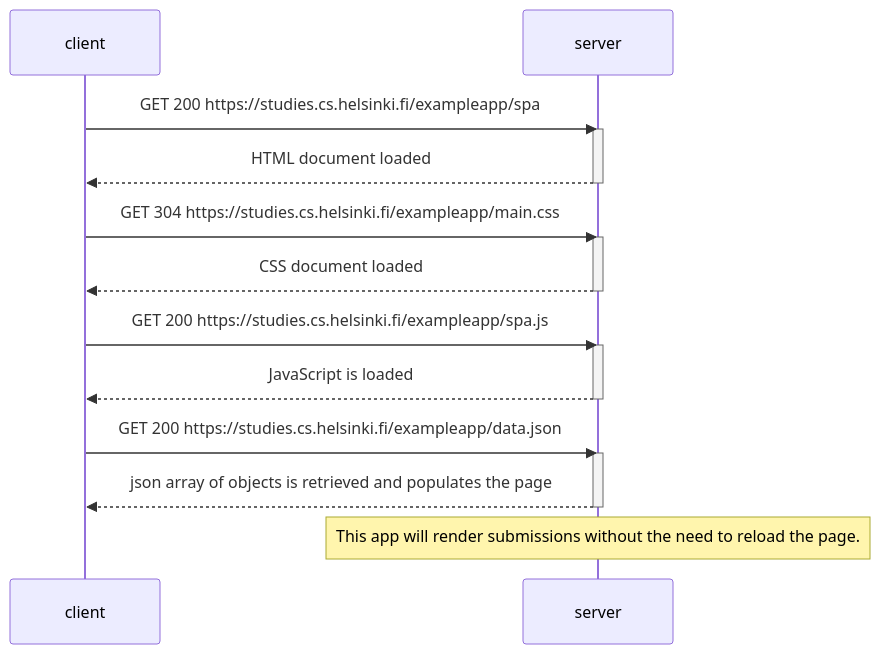
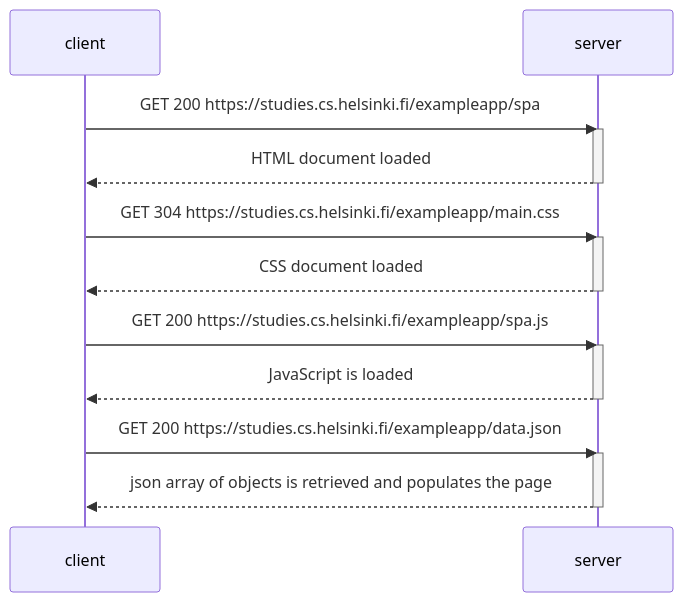
Before and after one commit to theDapperFoxtrot/fullstackopen-part0-exercises: the second of 3 diagrams in README.md, drawn with Mermaid. The commit also changed other lines of this file, not shown here.

````diff
--- a/README.md
+++ b/README.md
@@ -43,29 +43,28 @@
 ```mermaid
 sequenceDiagram
     participant client
     participant server
     
     
     client->>server: GET 200 https://studies.cs.helsinki.fi/exampleapp/spa
     activate server
     server-->>client: HTML document loaded
     deactivate server
     
     
     client->>server: GET 304 https://studies.cs.helsinki.fi/exampleapp/main.css
     activate server
     server-->>client: CSS document loaded
     deactivate server
     
     
     client->>server: GET 200 https://studies.cs.helsinki.fi/exampleapp/spa.js
     activate server
     server-->>client: JavaScript is loaded
     deactivate server
     
     client->>server: GET 200 https://studies.cs.helsinki.fi/exampleapp/data.json
     activate server
     server-->>client: json array of objects is retrieved and populates the page
     deactivate server
-    Note over server: This app will render submissions without the need to reload the page.
 ```
````
